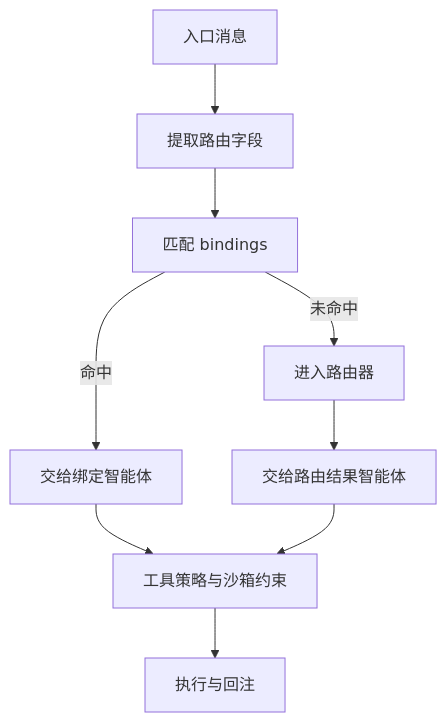
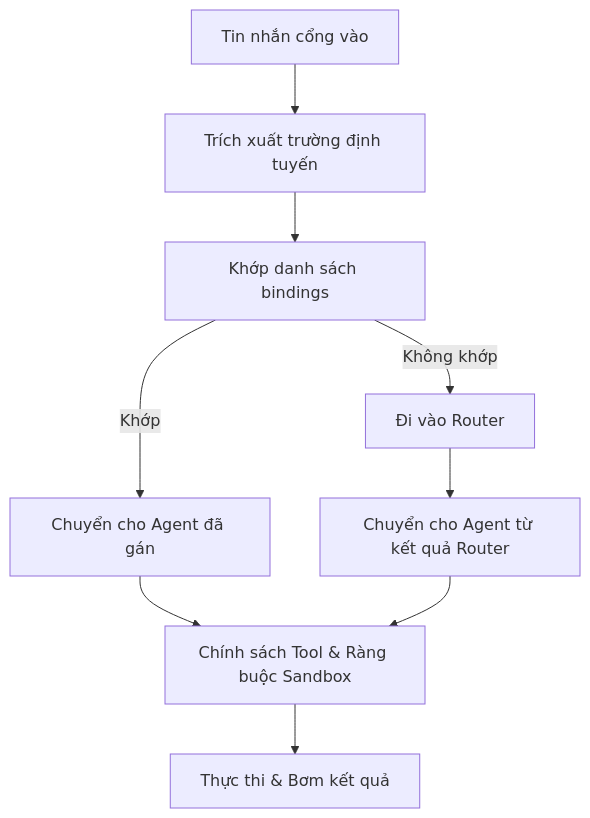
One commit to dino-edu/openclaw_guide changed the diagram in 07_multi_agent/7.3_routing_basics.md. Above: the diagram before and after it, drawn with Mermaid. The commit also changed other lines of this file and 24 other files, not shown here.

````diff
--- a/07_multi_agent/7.3_routing_basics.md
+++ b/07_multi_agent/7.3_routing_basics.md
@@ -20,11 +20,11 @@
 ```mermaid
 flowchart TD
-  inb["入口消息"] --> ctx["提取路由字段"]
-  ctx --> bind["匹配 bindings"]
-  bind -->|"命中"| a1["交给绑定智能体"]
-  bind -->|"未命中"| rtr["进入路由器"]
-  rtr --> a2["交给路由结果智能体"]
-  a1 --> pol["工具策略与沙箱约束"]
+  inb["Tin nhắn cổng vào"] --> ctx["Trích xuất trường định tuyến"]
+  ctx --> bind["Khớp danh sách bindings"]
+  bind -->|"Khớp"| a1["Chuyển cho Agent đã gán"]
+  bind -->|"Không khớp"| rtr["Đi vào Router"]
+  rtr --> a2["Chuyển cho Agent từ kết quả Router"]
+  a1 --> pol["Chính sách Tool & Ràng buộc Sandbox"]
   a2 --> pol
-  pol --> run["执行与回注"]
+  pol --> run["Thực thi & Bơm kết quả"]
 ```
````
